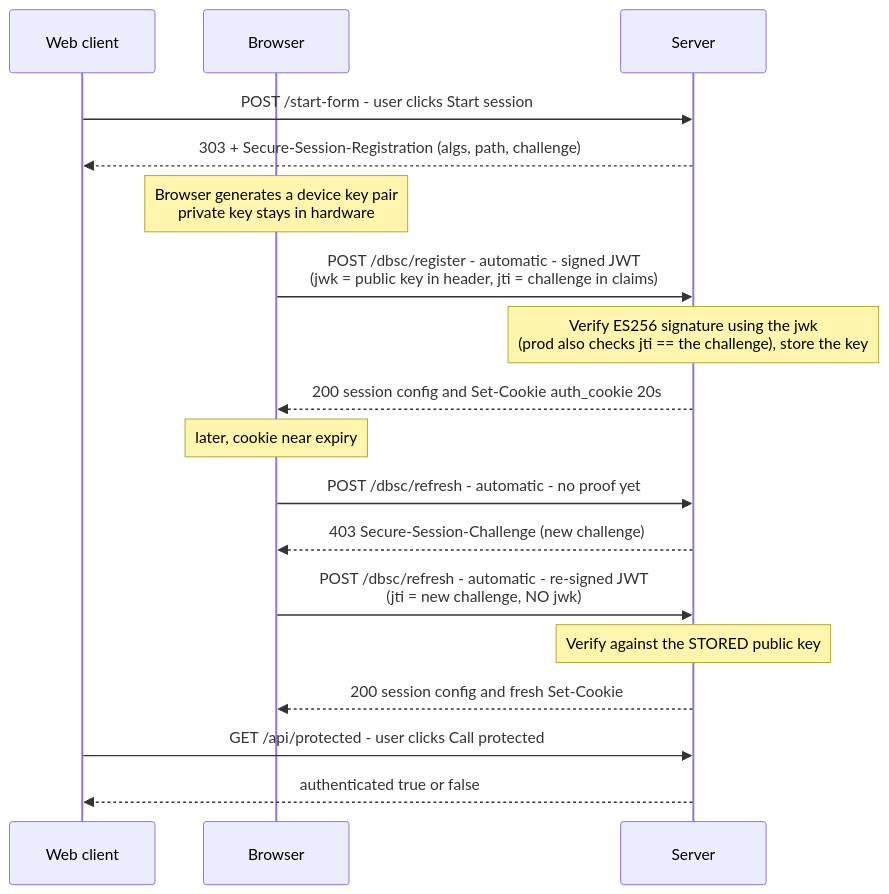
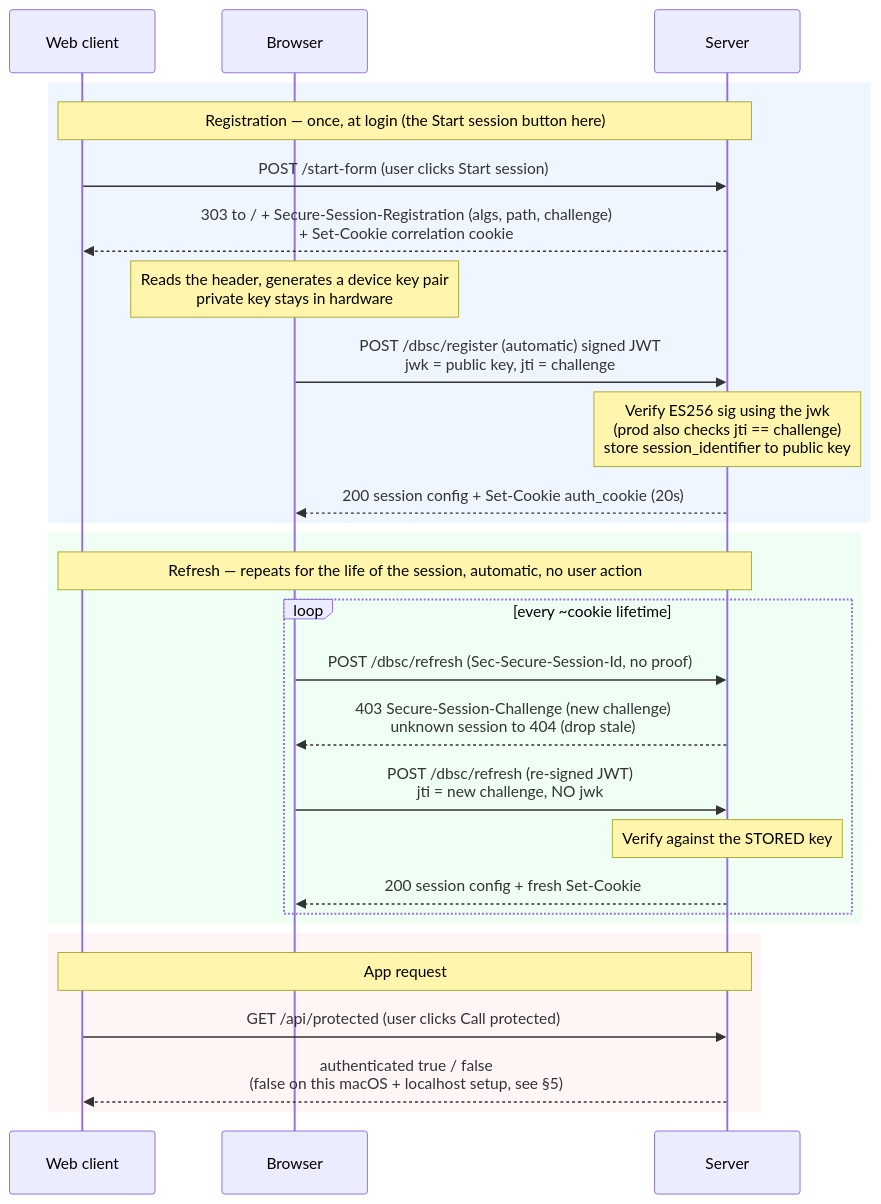
Before and after one commit to Alzayady/dbsc: the diagram in README.md, drawn with Mermaid. The commit also changed other lines of this file, not shown here.

Commit message:
README §3: improve sequence diagram — phase rects (register/refresh/app), correlation cookie, store step, Sec-Secure-Session-Id, refresh loop, 404 branch, §5 note; sync plain-text version

````diff
--- a/README.md
+++ b/README.md
@@ -51,21 +51,33 @@
 ```mermaid
 sequenceDiagram
     participant W as Web client
     participant B as Browser
     participant S as Server
 
-    W->>S: POST /start-form - user clicks Start session
-    S-->>W: 303 + Secure-Session-Registration (algs, path, challenge)
-    Note over B: Browser generates a device key pair<br/>private key stays in hardware
-    B->>S: POST /dbsc/register - automatic - signed JWT<br/>(jwk = public key in header, jti = challenge in claims)
-    Note over S: Verify ES256 signature using the jwk<br/>(prod also checks jti == the challenge), store the key
-    S-->>B: 200 session config and Set-Cookie auth_cookie 20s
-    Note over B: later, cookie near expiry
-    B->>S: POST /dbsc/refresh - automatic - no proof yet
-    S-->>B: 403 Secure-Session-Challenge (new challenge)
-    B->>S: POST /dbsc/refresh - automatic - re-signed JWT<br/>(jti = new challenge, NO jwk)
-    Note over S: Verify against the STORED public key
-    S-->>B: 200 session config and fresh Set-Cookie
-    W->>S: GET /api/protected - user clicks Call protected
-    S-->>W: authenticated true or false
+    rect rgb(240, 246, 255)
+    Note over W,S: Registration — once, at login (the Start session button here)
+    W->>S: POST /start-form (user clicks Start session)
+    S-->>W: 303 to / + Secure-Session-Registration (algs, path, challenge)<br/>+ Set-Cookie correlation cookie
+    Note over B: Reads the header, generates a device key pair<br/>private key stays in hardware
+    B->>S: POST /dbsc/register (automatic) signed JWT<br/>jwk = public key, jti = challenge
+    Note over S: Verify ES256 sig using the jwk<br/>(prod also checks jti == challenge)<br/>store session_identifier to public key
+    S-->>B: 200 session config + Set-Cookie auth_cookie (20s)
+    end
+
+    rect rgb(240, 255, 244)
+    Note over W,S: Refresh — repeats for the life of the session, automatic, no user action
+    loop every ~cookie lifetime
+        B->>S: POST /dbsc/refresh (Sec-Secure-Session-Id, no proof)
+        S-->>B: 403 Secure-Session-Challenge (new challenge)<br/>unknown session to 404 (drop stale)
+        B->>S: POST /dbsc/refresh (re-signed JWT)<br/>jti = new challenge, NO jwk
+        Note over S: Verify against the STORED key
+        S-->>B: 200 session config + fresh Set-Cookie
+    end
+    end
+
+    rect rgb(255, 245, 245)
+    Note over W,S: App request
+    W->>S: GET /api/protected (user clicks Call protected)
+    S-->>W: authenticated true / false<br/>(false on this macOS + localhost setup, see §5)
+    end
 ```
````
